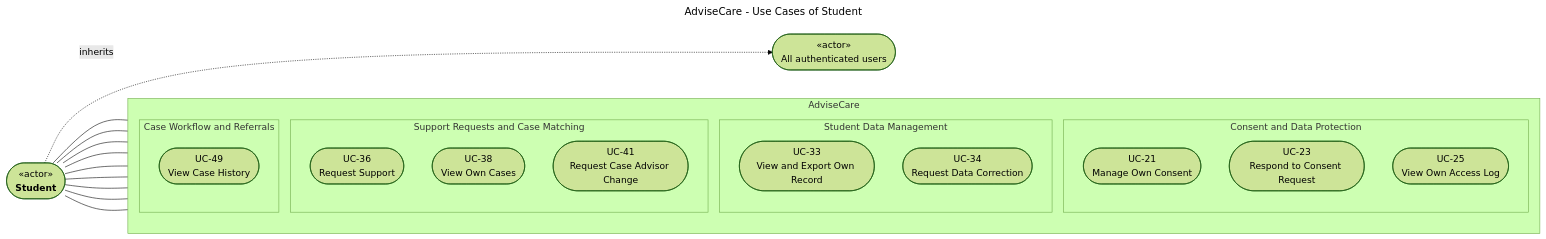
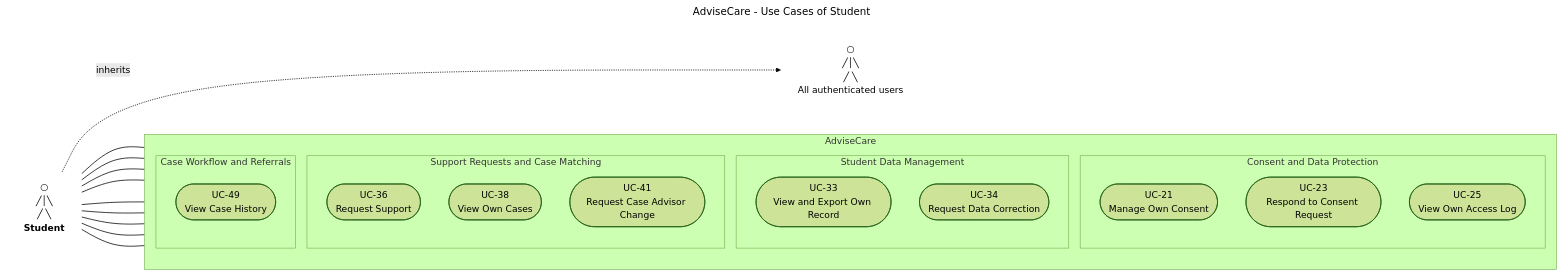
Before and after one commit to DanieLsvenn/AdviseCare: the diagram in Mermaid/Report 3/Use Case/Use_Case_8_Student.mmd, drawn with Mermaid (forest theme). The commit also changed 36 other files, not shown here.

```diff
--- a/Mermaid/Report 3/Use Case/Use_Case_8_Student.mmd
+++ b/Mermaid/Report 3/Use Case/Use_Case_8_Student.mmd
@@ -1,36 +1,39 @@
 ---
 title: AdviseCare - Use Cases of Student
 ---
 flowchart LR
-    ACT(["&laquo;actor&raquo;<br/><b>Student</b>"])
-    GEN(["&laquo;actor&raquo;<br/>All authenticated users"])
+    ACT["○<br/>╱│╲<br/>╱ ╲<br/><b>Student</b>"]
+    GEN["○<br/>╱│╲<br/>╱ ╲<br/>All authenticated users"]
     ACT -.->|"inherits"| GEN
     subgraph SYS["AdviseCare"]
         direction TB
         subgraph CON["Consent and Data Protection"]
             UC21(["UC-21<br/>Manage Own Consent"])
             UC23(["UC-23<br/>Respond to Consent Request"])
             UC25(["UC-25<br/>View Own Access Log"])
         end
         subgraph SDA["Student Data Management"]
             UC33(["UC-33<br/>View and Export Own Record"])
             UC34(["UC-34<br/>Request Data Correction"])
         end
         subgraph SUP["Support Requests and Case Matching"]
             UC36(["UC-36<br/>Request Support"])
             UC38(["UC-38<br/>View Own Cases"])
             UC41(["UC-41<br/>Request Case Advisor Change"])
         end
         subgraph CWF["Case Workflow and Referrals"]
             UC49(["UC-49<br/>View Case History"])
         end
     end
     ACT --- UC21
     ACT --- UC23
     ACT --- UC25
     ACT --- UC33
     ACT --- UC34
     ACT --- UC36
     ACT --- UC38
     ACT --- UC41
     ACT --- UC49
+    linkStyle default stroke-width: 1pt;
+    classDef actor fill:transparent,stroke:transparent,stroke-width:0px;
+    class ACT,GEN actor;
```
